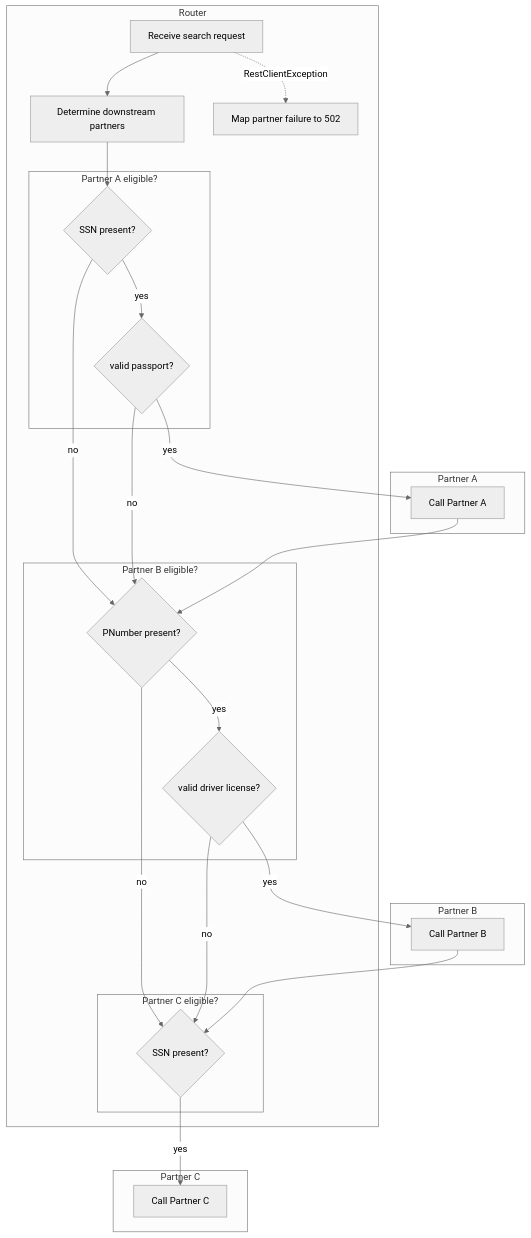
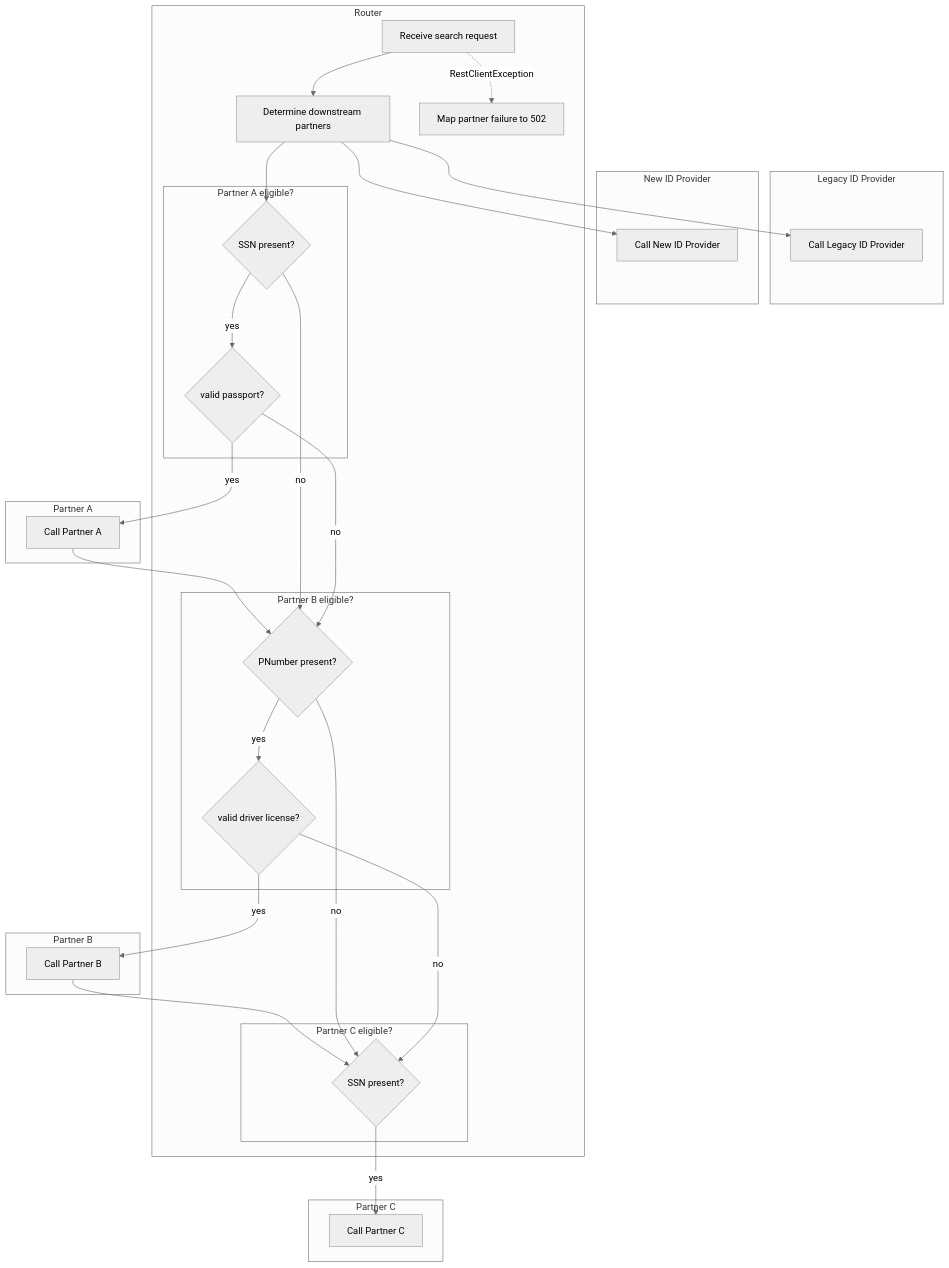
The diagram in main-app/docs/README.md (jwdomes/automockit), drawn with Mermaid (neutral theme) before and after one commit. The commit also changed other lines of this file and 37 other files, not shown here.

First line of the commit message:
Resolve a person id through a new or legacy ID provider

````diff
--- a/main-app/docs/README.md
+++ b/main-app/docs/README.md
@@ -8,42 +8,50 @@
 ```mermaid
 flowchart TD
+    subgraph LEGACY_ID_PROVIDER["Legacy ID Provider"]
+        call_legacy_id_provider["Call Legacy ID Provider"]
+    end
+    subgraph NEW_ID_PROVIDER["New ID Provider"]
+        call_new_id_provider["Call New ID Provider"]
+    end
     subgraph PARTNER_A["Partner A"]
         call_partner_a["Call Partner A"]
     end
     subgraph PARTNER_B["Partner B"]
         call_partner_b["Call Partner B"]
     end
     subgraph PARTNER_C["Partner C"]
         call_partner_c["Call Partner C"]
     end
     subgraph ROUTER["Router"]
         determine_downstream_partners["Determine downstream partners"]
         map_partner_failure_to_502["Map partner failure to 502"]
         subgraph partner_a_eligible["Partner A eligible?"]
             partner_a_eligible__ssn_present{"SSN present?"}
             partner_a_eligible__valid_passport{"valid passport?"}
         end
         subgraph partner_b_eligible["Partner B eligible?"]
             partner_b_eligible__pnumber_present{"PNumber present?"}
             partner_b_eligible__valid_driver_license{"valid driver license?"}
         end
         subgraph partner_c_eligible["Partner C eligible?"]
             partner_c_eligible__ssn_present{"SSN present?"}
         end
         receive_search_request["Receive search request"]
     end
     call_partner_a --> partner_b_eligible__pnumber_present
     call_partner_b --> partner_c_eligible__ssn_present
+    determine_downstream_partners --> call_legacy_id_provider
+    determine_downstream_partners --> call_new_id_provider
     determine_downstream_partners --> partner_a_eligible__ssn_present
     partner_a_eligible__ssn_present -->|no| partner_b_eligible__pnumber_present
     partner_a_eligible__ssn_present -->|yes| partner_a_eligible__valid_passport
     partner_a_eligible__valid_passport -->|no| partner_b_eligible__pnumber_present
     partner_a_eligible__valid_passport -->|yes| call_partner_a
     partner_b_eligible__pnumber_present -->|no| partner_c_eligible__ssn_present
     partner_b_eligible__pnumber_present -->|yes| partner_b_eligible__valid_driver_license
     partner_b_eligible__valid_driver_license -->|no| partner_c_eligible__ssn_present
     partner_b_eligible__valid_driver_license -->|yes| call_partner_b
     partner_c_eligible__ssn_present -->|yes| call_partner_c
     receive_search_request --> determine_downstream_partners
     receive_search_request -.->|"RestClientException"| map_partner_failure_to_502
 ```
````
